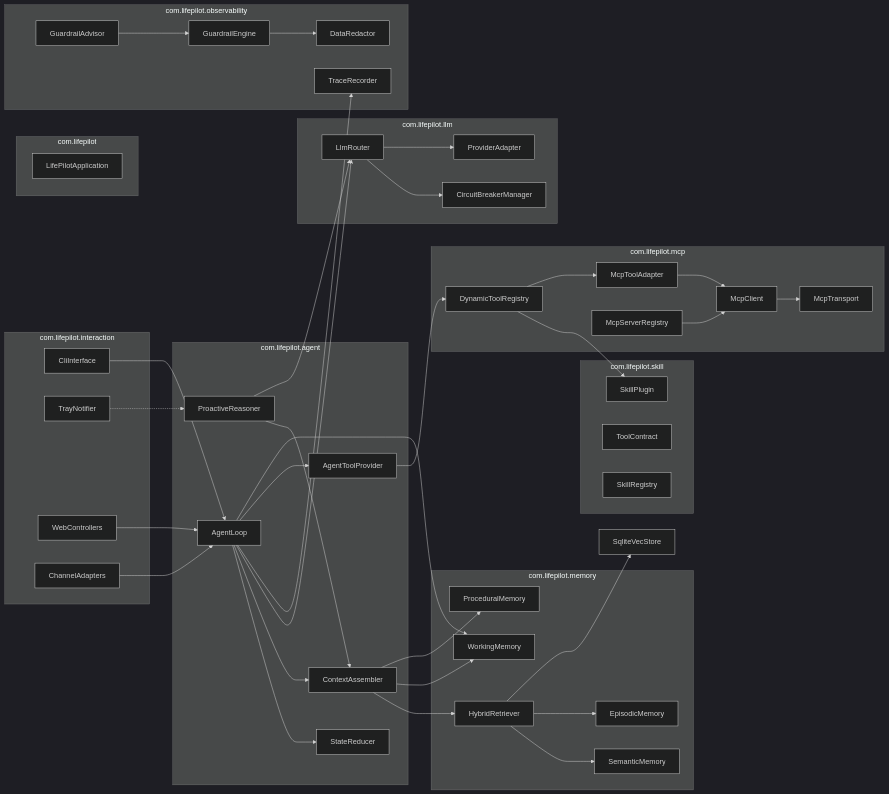
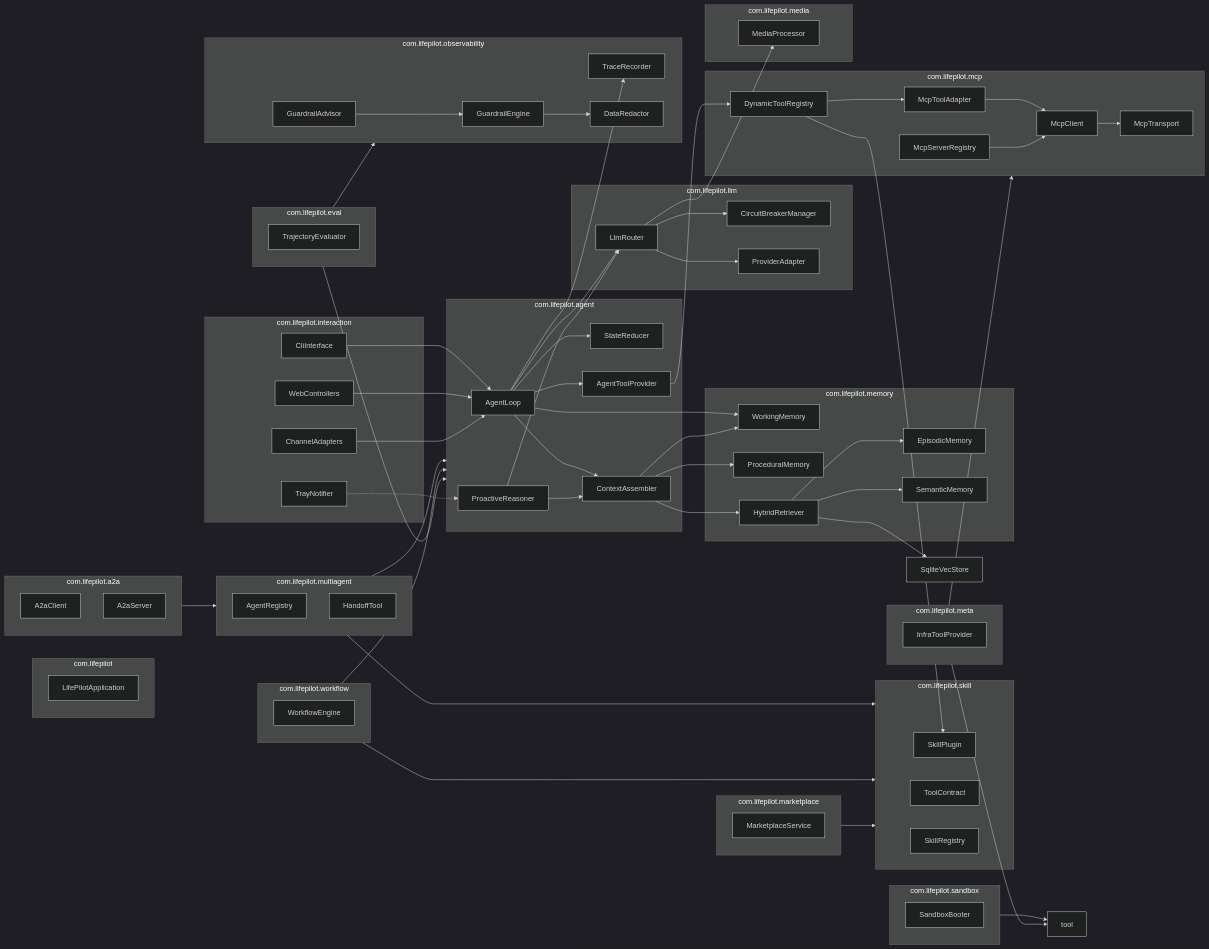
The second of 2 diagrams in docs/ARCHITECTURE.md (ntygod/LifePilot), drawn with Mermaid (dark theme) before and after one commit. The commit also changed other lines of this file, not shown here.

Commit message:
docs: 更新 ARCHITECTURE.md 品牌措辞和代码对齐

````diff
--- a/docs/ARCHITECTURE.md
+++ b/docs/ARCHITECTURE.md
@@ -273,6 +285,40 @@
         CHA["ChannelAdapters"]
     end
 
+    subgraph multiagent["com.lifepilot.multiagent"]
+        AR["AgentRegistry"]
+        HT["HandoffTool"]
+    end
+
+    subgraph a2a["com.lifepilot.a2a"]
+        A2AC["A2aClient"]
+        A2AS["A2aServer"]
+    end
+
+    subgraph media["com.lifepilot.media"]
+        MP["MediaProcessor"]
+    end
+
+    subgraph workflow["com.lifepilot.workflow"]
+        WE["WorkflowEngine"]
+    end
+
+    subgraph sandbox["com.lifepilot.sandbox"]
+        SB["SandboxBooter"]
+    end
+
+    subgraph eval["com.lifepilot.eval"]
+        TE["TrajectoryEvaluator"]
+    end
+
+    subgraph marketplace["com.lifepilot.marketplace"]
+        MKT["MarketplaceService"]
+    end
+
+    subgraph meta["com.lifepilot.meta"]
+        META["InfraToolProvider"]
+    end
+
     AL2 --> SR2
     AL2 --> CA2
     AL2 --> LR2
@@ -296,6 +342,7 @@
 
     LR2 --> CB
     LR2 --> PA
+    LR2 --> MP
 
     GA --> GEng
     GEng --> DR
@@ -308,4 +355,16 @@
     HR --> SM
     HR --> EM
     HR --> VEC2["SqliteVecStore"]
+
+    multiagent --> agent
+    multiagent --> skill
+    a2a --> multiagent
+    workflow --> agent
+    workflow --> skill
+    sandbox --> tool
+    eval --> agent
+    eval --> obs
+    marketplace --> skill
+    meta --> tool
+    meta --> mcp
 ```
````
